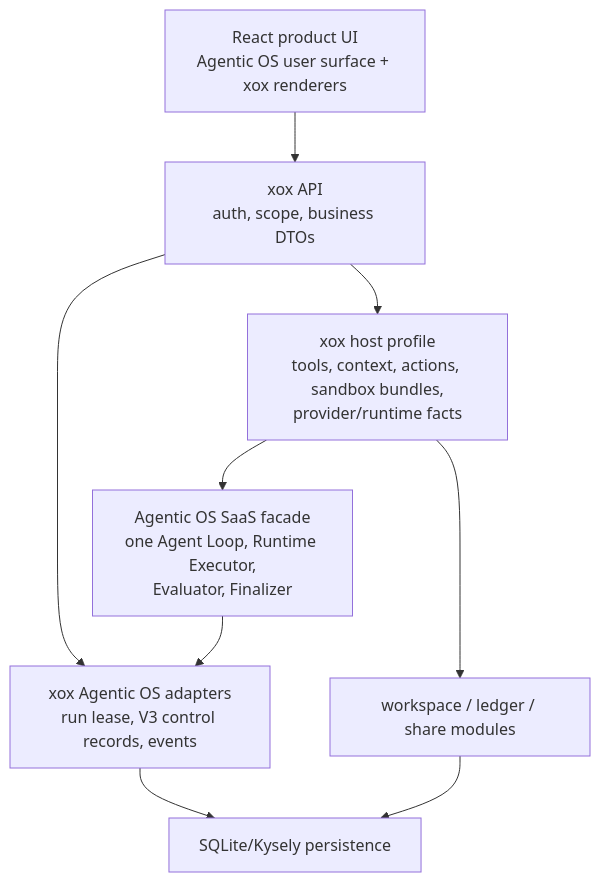
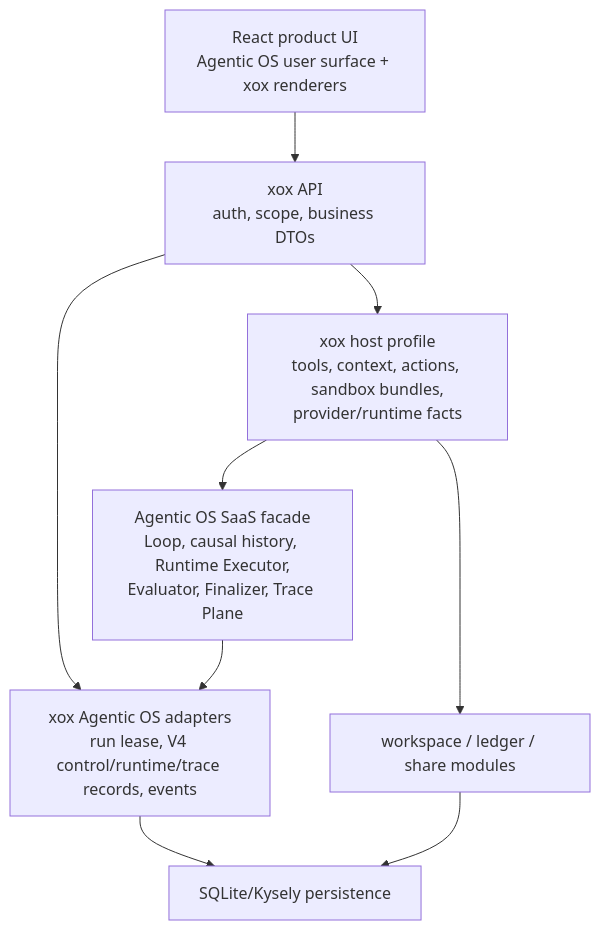
Before and after one commit to Suysker/xox-model: the diagram in docs/project-architecture.md, drawn with Mermaid. The commit also changed other lines of this file and 19 other files, not shown here.

Commit message:
feat: align xox with causal harness runtime

````diff
--- a/docs/project-architecture.md
+++ b/docs/project-architecture.md
@@ -11,16 +11,16 @@
 ```mermaid
 flowchart TB
   WEB["React product UI<br/>Agentic OS user surface + xox renderers"]
   API["xox API<br/>auth, scope, business DTOs"]
-  STORE["xox Agentic OS adapters<br/>run lease, V3 control records, events"]
+  STORE["xox Agentic OS adapters<br/>run lease, V4 control/runtime/trace records, events"]
   HOST["xox host profile<br/>tools, context, actions, sandbox bundles,<br/>provider/runtime facts"]
-  OS["Agentic OS SaaS facade<br/>one Agent Loop, Runtime Executor,<br/>Evaluator, Finalizer"]
+  OS["Agentic OS SaaS facade<br/>Loop, causal history, Runtime Executor,<br/>Evaluator, Finalizer, Trace Plane"]
   DOMAIN["workspace / ledger / share modules"]
   DB["SQLite/Kysely persistence"]
 
   WEB --> API --> STORE
   API --> HOST --> OS
   HOST --> DOMAIN --> DB
   STORE --> DB
   OS --> STORE
 ```
````
